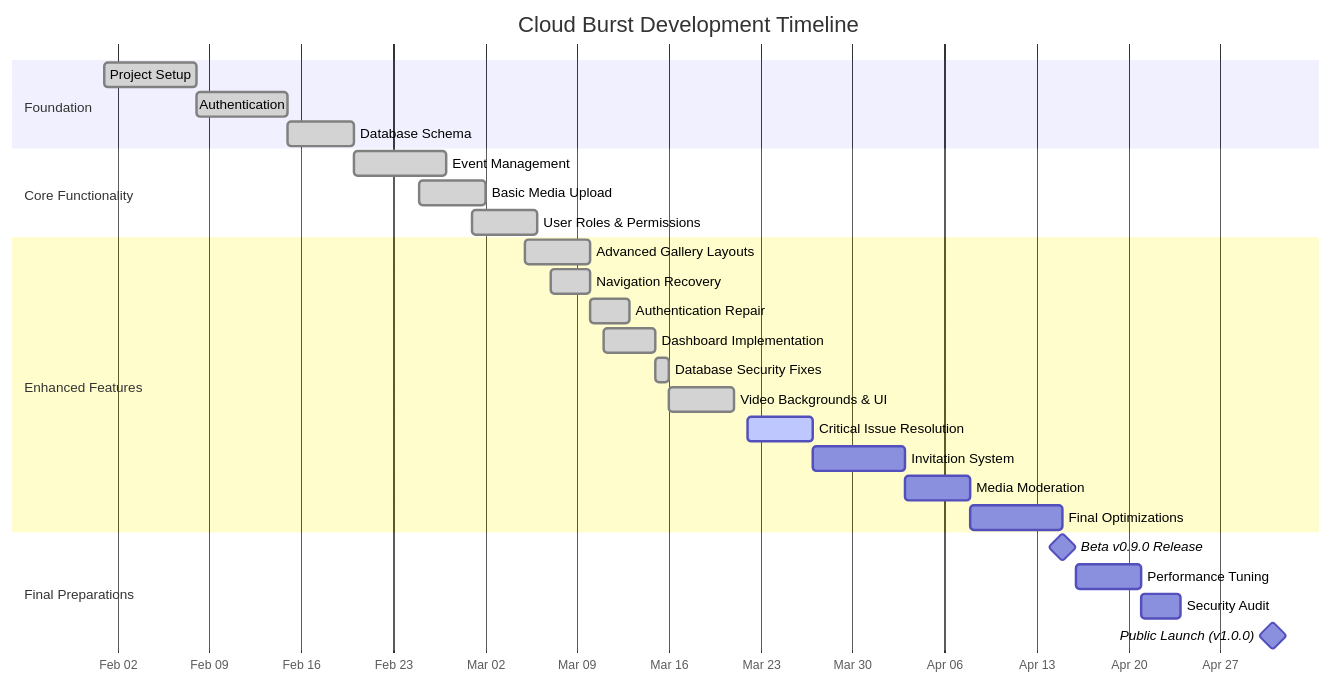
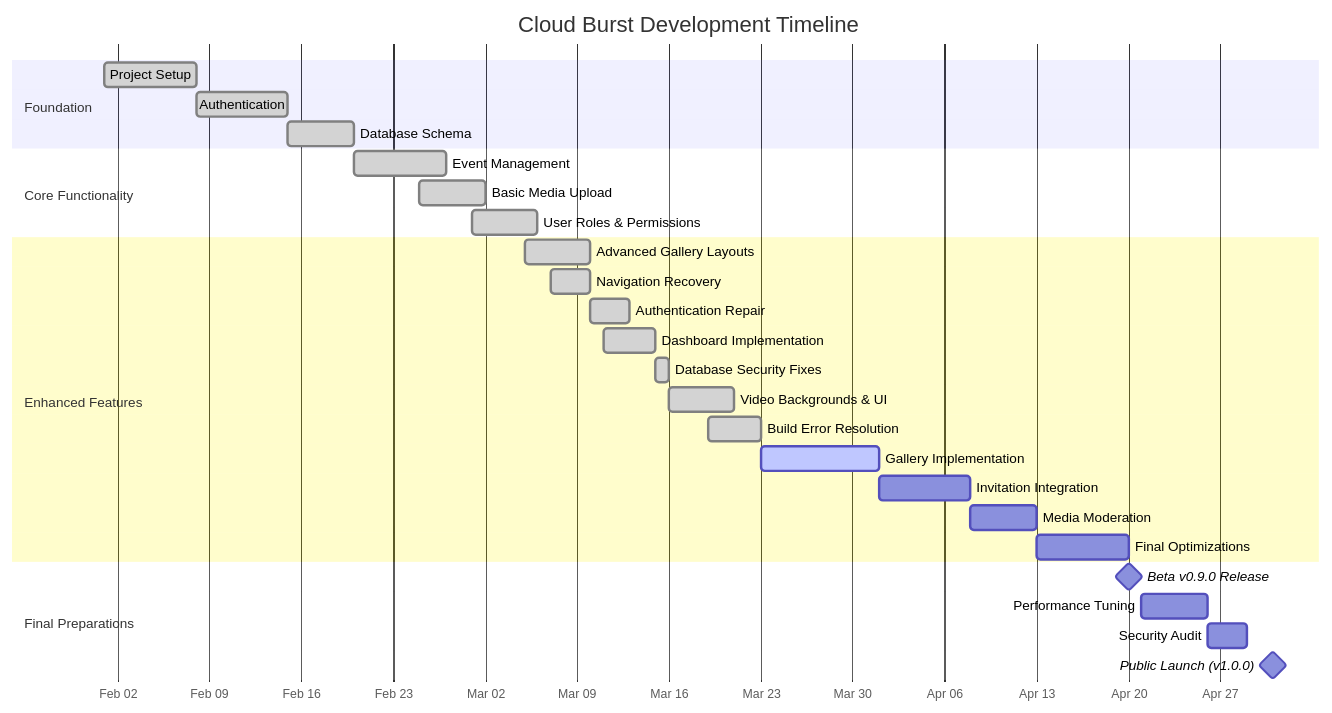
Before and after one commit to mrj0nesmtl/cloud-burst: the first of 2 diagrams in docs/planning/roadmap.md, drawn with Mermaid. The commit also changed other lines of this file and 7 other files, not shown here.

Commit message:
docs: prepare Session 28 documentation for gallery implementation and dashboard enhancements

````diff
--- a/docs/planning/roadmap.md
+++ b/docs/planning/roadmap.md
@@ -93,34 +118,35 @@
 ```mermaid
 gantt
     title Cloud Burst Development Timeline
     dateFormat  YYYY-MM-DD
     axisFormat %b %d
     
     section Foundation
     Project Setup           :done, f1, 2025-02-01, 7d
     Authentication          :done, f2, 2025-02-08, 7d
     Database Schema         :done, f3, 2025-02-15, 5d
     
     section Core Functionality
     Event Management        :done, c1, 2025-02-20, 7d
     Basic Media Upload      :done, c2, 2025-02-25, 5d
     User Roles & Permissions:done, c3, 2025-03-01, 5d
     
     section Enhanced Features
     Advanced Gallery Layouts:done, e1, 2025-03-05, 5d
     Navigation Recovery     :done, e2, 2025-03-07, 3d
     Authentication Repair   :done, e3, 2025-03-10, 3d
     Dashboard Implementation:done, e4, 2025-03-11, 4d
     Database Security Fixes :done, e5, 2025-03-15, 1d
     Video Backgrounds & UI  :done, e6, 2025-03-16, 5d
-    Critical Issue Resolution:active, e7, 2025-03-22, 5d
-    Invitation System       :e8, 2025-03-27, 7d
-    Media Moderation        :e9, 2025-04-03, 5d
-    Final Optimizations     :e10, 2025-04-08, 7d
+    Build Error Resolution  :done, e7, 2025-03-19, 4d
+    Gallery Implementation  :active, e8, 2025-03-23, 9d
+    Invitation Integration  :e9, 2025-04-01, 7d
+    Media Moderation        :e10, 2025-04-08, 5d
+    Final Optimizations     :e11, 2025-04-13, 7d
     
     section Final Preparations
-    Beta v0.9.0 Release     :milestone, b1, 2025-04-15, 0d
-    Performance Tuning      :o1, 2025-04-16, 5d
-    Security Audit          :o2, 2025-04-21, 3d
+    Beta v0.9.0 Release     :milestone, b1, 2025-04-20, 0d
+    Performance Tuning      :o1, 2025-04-21, 5d
+    Security Audit          :o2, 2025-04-26, 3d
     Public Launch (v1.0.0)  :milestone, l3, 2025-05-01, 0d
 ```
````
